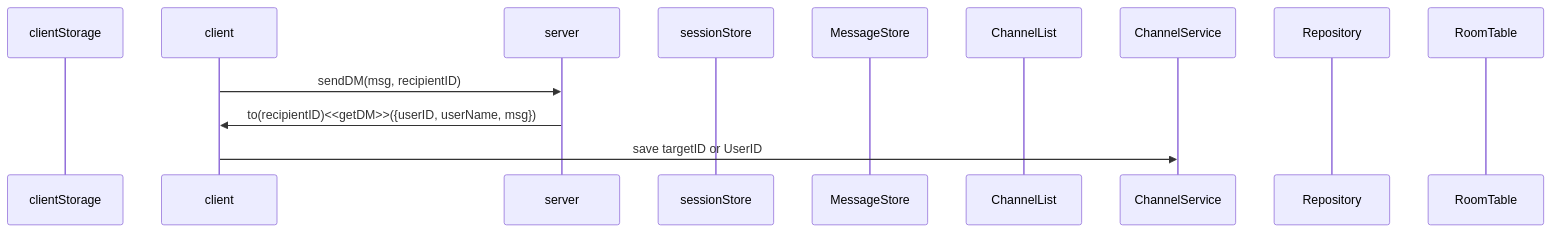
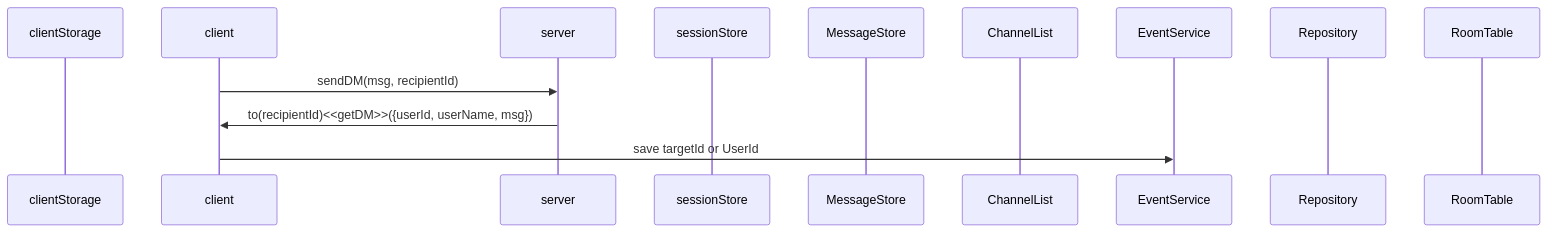
The ninth of 19 diagrams in backend/node/app/event.md (mtak0235/simmons_transcendence), drawn with Mermaid before and after one commit. The commit also changed other lines of this file and 1 other file, not shown here.

````diff
--- a/backend/node/app/event.md
+++ b/backend/node/app/event.md
@@ -244,16 +221,16 @@
 ```mermaid
 sequenceDiagram
 participant cls as clientStorage
 participant c as client
 participant ga as server
 participant ss as sessionStore
 participant ms as MessageStore
 participant cns as ChannelList
-participant cs as ChannelService
+participant cs as EventService
 participant r as Repository
 participant rt as RoomTable
 
-c->>ga: sendDM(msg, recipientID)
-ga->>c: to(recipientID)<<getDM>>({userID, userName, msg})
-c->>cs: save targetID or UserID
+c->>ga: sendDM(msg, recipientId)
+ga->>c: to(recipientId)<<getDM>>({userId, userName, msg})
+c->>cs: save targetId or UserId
 ```
````
